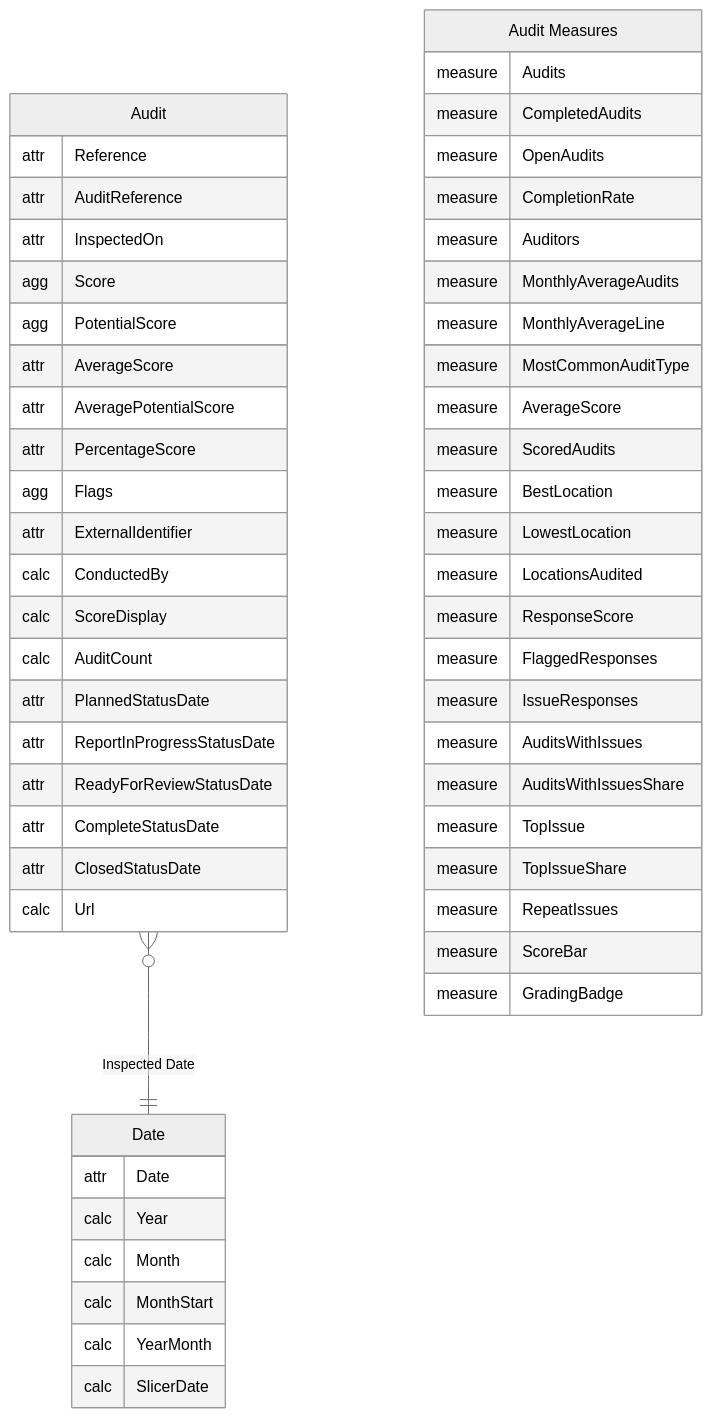
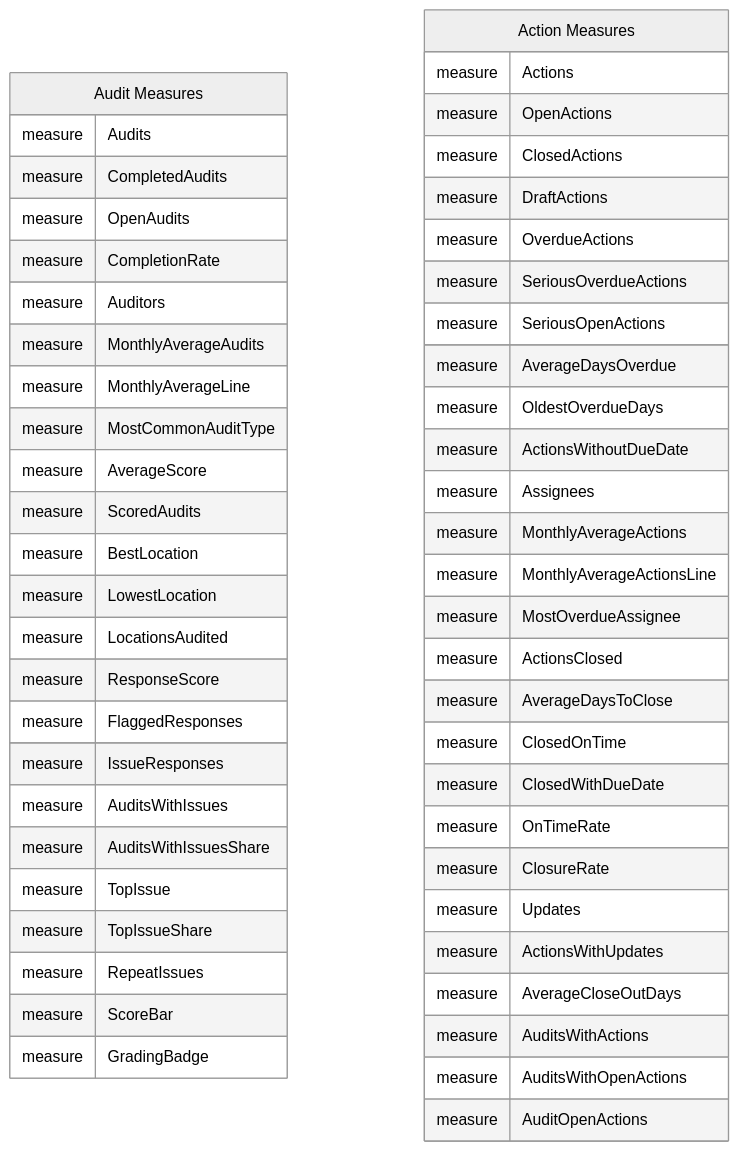
Before and after one commit to work-wallet/BIClient: the tenth of 11 diagrams in PowerBISamplesModels/Audits.md, drawn with Mermaid. The commit also changed 5 other files, not shown here.

````diff
--- a/PowerBISamplesModels/Audits.md
+++ b/PowerBISamplesModels/Audits.md
@@ -476,62 +485,60 @@
 ```mermaid
 ---
 config:
   theme: neutral
 ---
 erDiagram
-    "Date" {
-        attr Date
-        calc Year
-        calc Month
-        calc MonthStart
-        calc YearMonth
-        calc SlicerDate
-    }
-    "Audit" {
-        attr Reference
-        attr AuditReference
-        attr InspectedOn
-        agg Score
-        agg PotentialScore
-        attr AverageScore
-        attr AveragePotentialScore
-        attr PercentageScore
-        agg Flags
-        attr ExternalIdentifier
-        calc ConductedBy
-        calc ScoreDisplay
-        calc AuditCount
-        attr PlannedStatusDate
-        attr ReportInProgressStatusDate
-        attr ReadyForReviewStatusDate
-        attr CompleteStatusDate
-        attr ClosedStatusDate
-        calc Url
-    }
     "Audit Measures" {
         measure Audits
         measure CompletedAudits
         measure OpenAudits
         measure CompletionRate
         measure Auditors
         measure MonthlyAverageAudits
         measure MonthlyAverageLine
         measure MostCommonAuditType
         measure AverageScore
         measure ScoredAudits
         measure BestLocation
         measure LowestLocation
         measure LocationsAudited
         measure ResponseScore
         measure FlaggedResponses
         measure IssueResponses
         measure AuditsWithIssues
         measure AuditsWithIssuesShare
         measure TopIssue
         measure TopIssueShare
         measure RepeatIssues
         measure ScoreBar
         measure GradingBadge
     }
-    "Audit" }o--|| "Date" : "Inspected Date"
+    "Action Measures" {
+        measure Actions
+        measure OpenActions
+        measure ClosedActions
+        measure DraftActions
+        measure OverdueActions
+        measure SeriousOverdueActions
+        measure SeriousOpenActions
+        measure AverageDaysOverdue
+        measure OldestOverdueDays
+        measure ActionsWithoutDueDate
+        measure Assignees
+        measure MonthlyAverageActions
+        measure MonthlyAverageActionsLine
+        measure MostOverdueAssignee
+        measure ActionsClosed
+        measure AverageDaysToClose
+        measure ClosedOnTime
+        measure ClosedWithDueDate
+        measure OnTimeRate
+        measure ClosureRate
+        measure Updates
+        measure ActionsWithUpdates
+        measure AverageCloseOutDays
+        measure AuditsWithActions
+        measure AuditsWithOpenActions
+        measure AuditOpenActions
+    }
 ```
````
